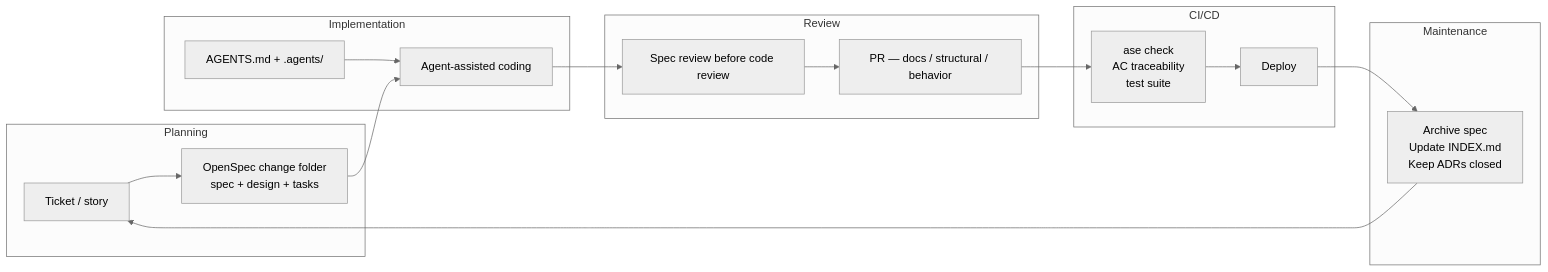
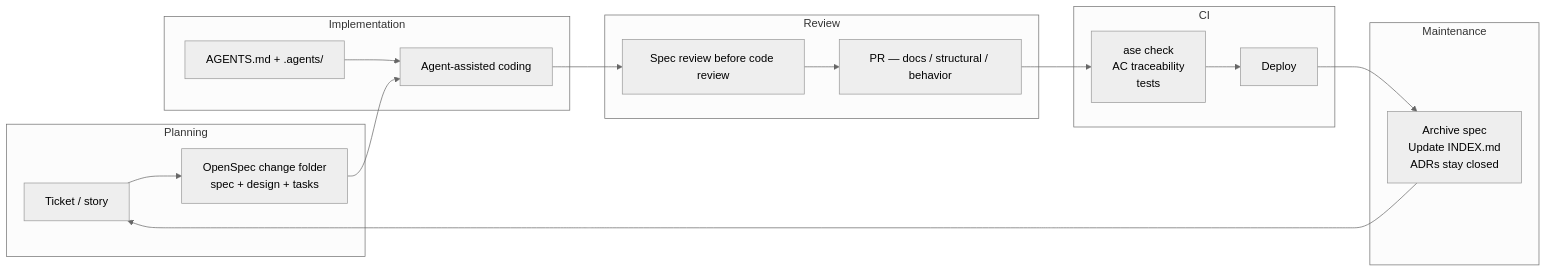
Before and after one commit to intent-engineering-for-coding-agents/book: the diagram in content/foundation/ase-and-the-sdlc.md, drawn with Mermaid (neutral theme). The commit also changed other lines of this file and 6 other files, not shown here.

````diff
--- a/content/foundation/ase-and-the-sdlc.md
+++ b/content/foundation/ase-and-the-sdlc.md
@@ -9,22 +11,22 @@
 ```mermaid
 graph LR
     subgraph Planning
-        A[Ticket / story] --> B[OpenSpec change folder\nspec + design + tasks]
+        A[Ticket / story] --> B[OpenSpec change folder<br/>spec + design + tasks]
     end
     subgraph Implementation
         C[AGENTS.md + .agents/] --> D[Agent-assisted coding]
         B --> D
     end
     subgraph Review
         D --> E[Spec review before code review]
         E --> F[PR — docs / structural / behavior]
     end
-    subgraph CI/CD
-        F --> G[ase check\nAC traceability\ntest suite]
+    subgraph CI
+        F --> G[ase check<br/>AC traceability<br/>tests]
         G --> H[Deploy]
     end
     subgraph Maintenance
-        H --> I[Archive spec\nUpdate INDEX.md\nKeep ADRs closed]
+        H --> I[Archive spec<br/>Update INDEX.md<br/>ADRs stay closed]
         I --> A
     end
 ```
````
